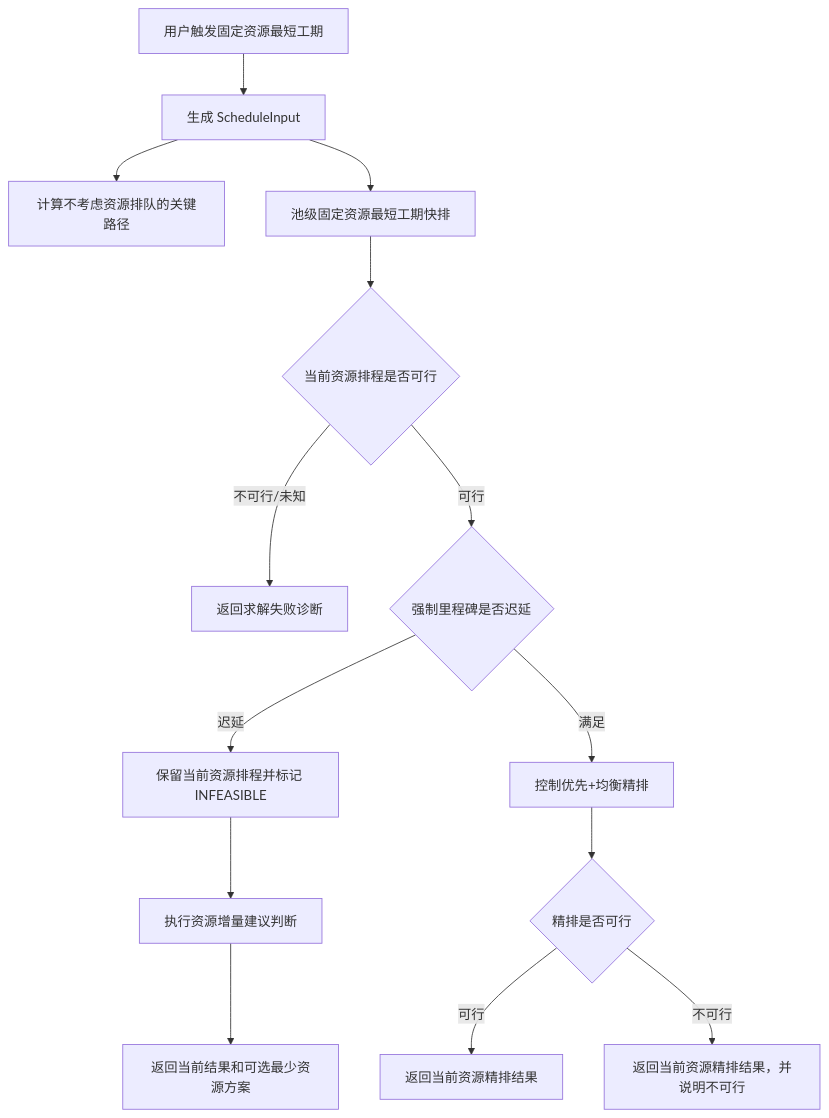
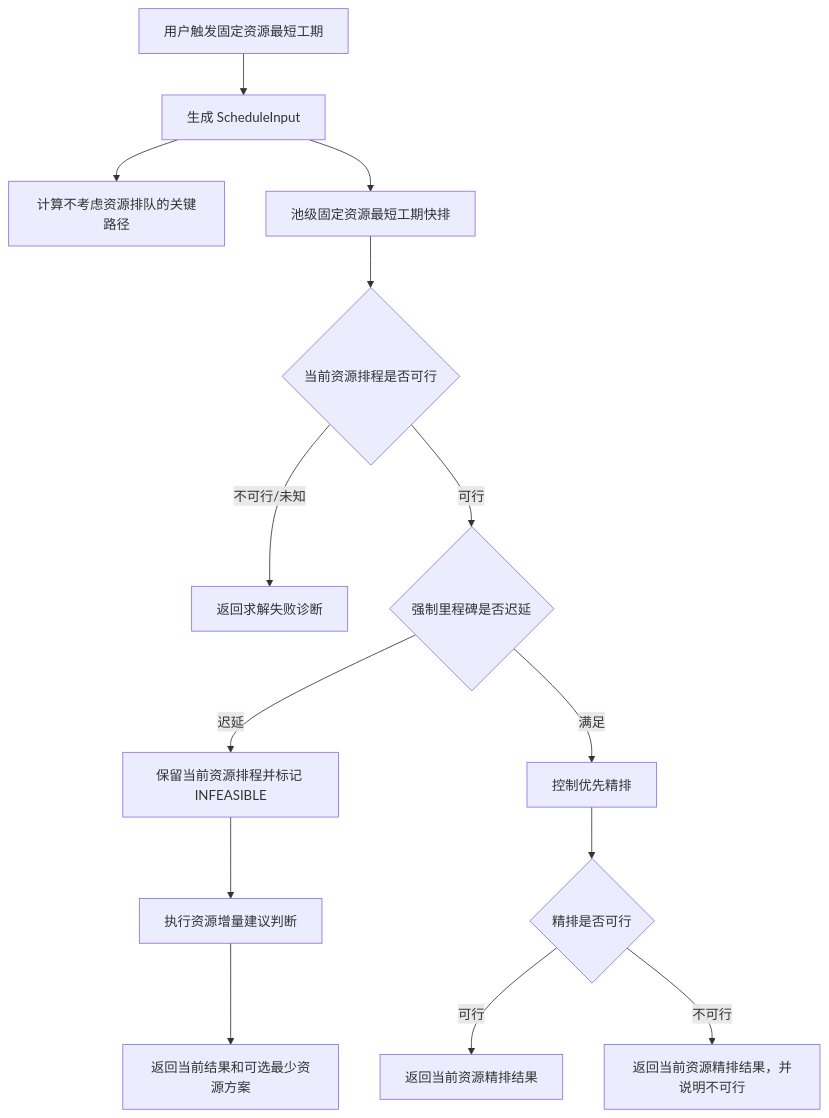
Before and after one commit to Lili-big/projectScheduling: the second of 3 diagrams in docs/CP-SAT固定资源算法实现需求文档_v1.0.md, drawn with Mermaid. The commit also changed other lines of this file and 47 other files, not shown here.

````diff
--- a/docs/CP-SAT固定资源算法实现需求文档_v1.0.md
+++ b/docs/CP-SAT固定资源算法实现需求文档_v1.0.md
@@ -131,16 +131,16 @@
 ```mermaid
 flowchart TD
   A["用户触发固定资源最短工期"] --> B["生成 ScheduleInput"]
   B --> C["计算不考虑资源排队的关键路径"]
   B --> D["池级固定资源最短工期快排"]
   D --> E{"当前资源排程是否可行"}
   E -- "不可行/未知" --> F["返回求解失败诊断"]
   E -- "可行" --> G{"强制里程碑是否迟延"}
   G -- "迟延" --> H["保留当前资源排程并标记 INFEASIBLE"]
   H --> I["执行资源增量建议判断"]
   I --> J["返回当前结果和可选最少资源方案"]
-  G -- "满足" --> K["控制优先+均衡精排"]
+  G -- "满足" --> K["控制优先精排"]
   K --> L{"精排是否可行"}
   L -- "可行" --> M["返回当前资源精排结果"]
   L -- "不可行" --> N["返回当前资源精排结果，并说明不可行"]
 ```
````
